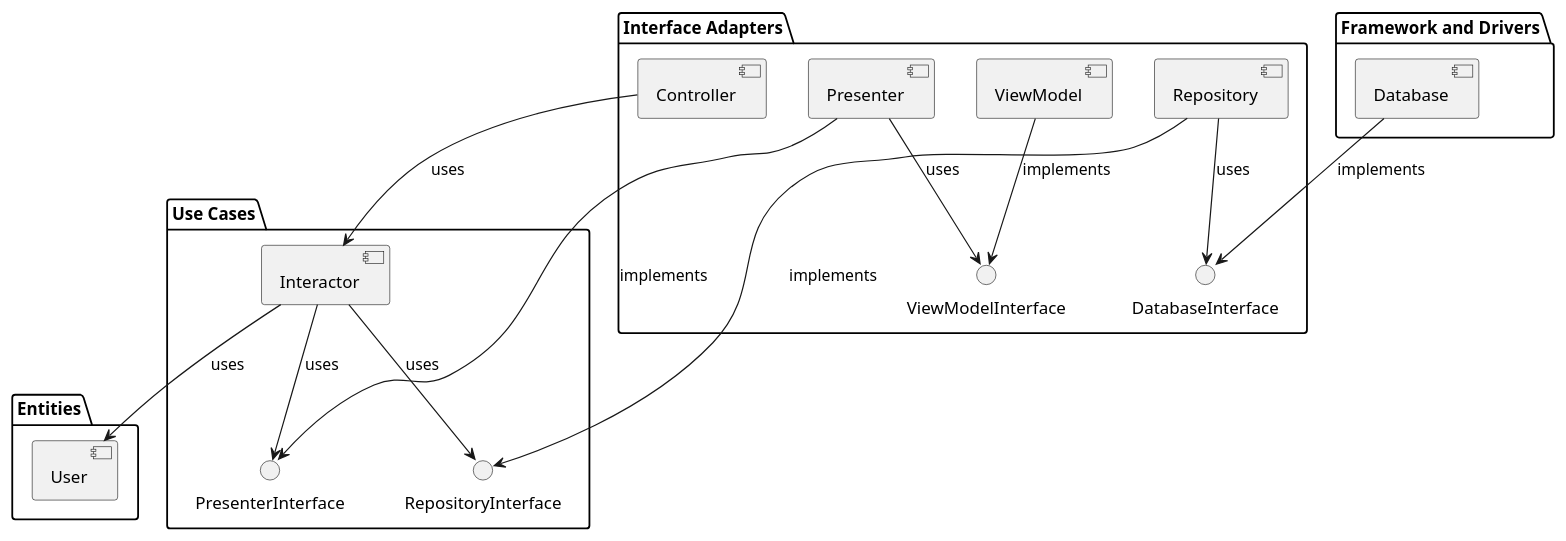
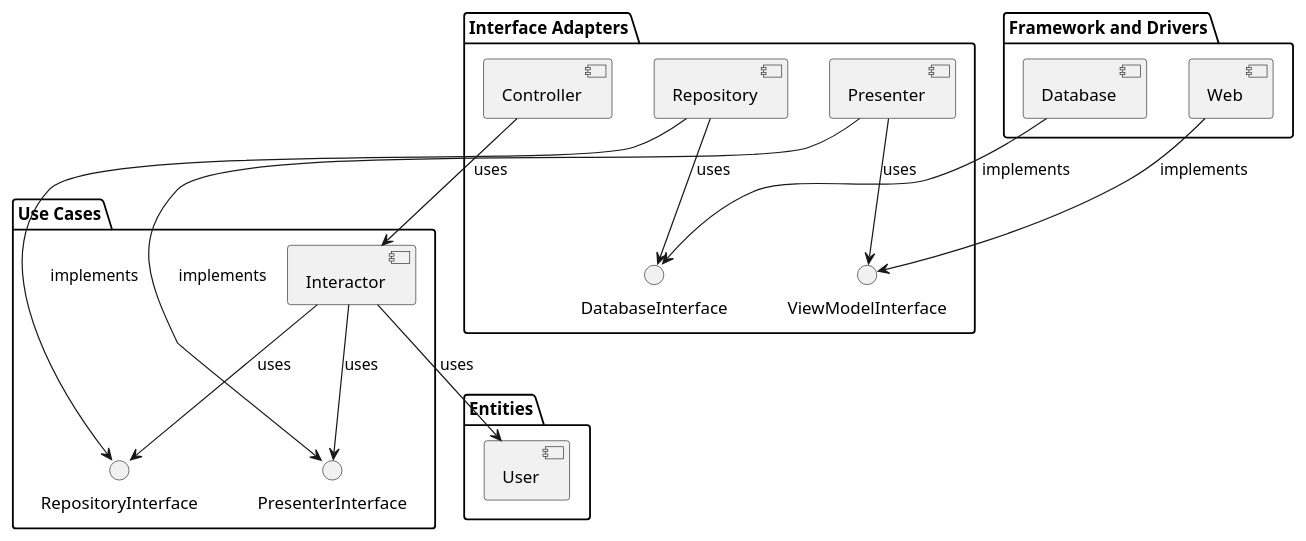
One commit to francisco-gargiulo/clean-architecture-typical-scenario-ts changed the second of 2 diagrams in README.md. Above: the diagram before and after it, drawn with PlantUML. The commit also changed other lines of this file, not shown here.

Commit message:
improves on diagrams

````diff
--- a/README.md
+++ b/README.md
@@ -104,40 +104,40 @@
 ```plantuml
 @startuml
 
 package "Entities" {
   [User]
 }
 
 package "Framework and Drivers" {
   [Database]
+  [Web]
 }
 
 package "Interface Adapters" {
   [Controller]
   [Presenter]
   [Repository]
-  [ViewModel]
   interface DatabaseInterface
   interface ViewModelInterface
 }
 
 package "Use Cases" {
   [Interactor]
   interface "PresenterInterface"
   interface "RepositoryInterface"
 }
 
+[Web] --> [ViewModelInterface] : implements
 [Controller] --> [Interactor] : uses
 [Presenter] --> [PresenterInterface] : implements
 [Repository] --> [RepositoryInterface] : implements
 [Interactor] --> [PresenterInterface] : uses
 [Interactor] --> [RepositoryInterface] : uses
-[ViewModel] --> [ViewModelInterface] : implements
 [Presenter] --> [ViewModelInterface] : uses
 [Repository] --> [DatabaseInterface] : uses
 [Database] --> [DatabaseInterface] : implements
 [Interactor] --> [User] : uses
 
 @enduml
 
 ```
````
